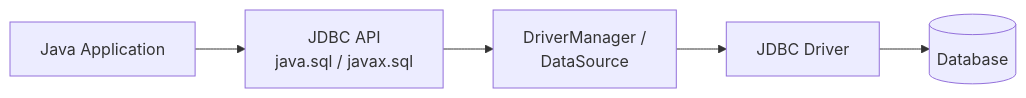
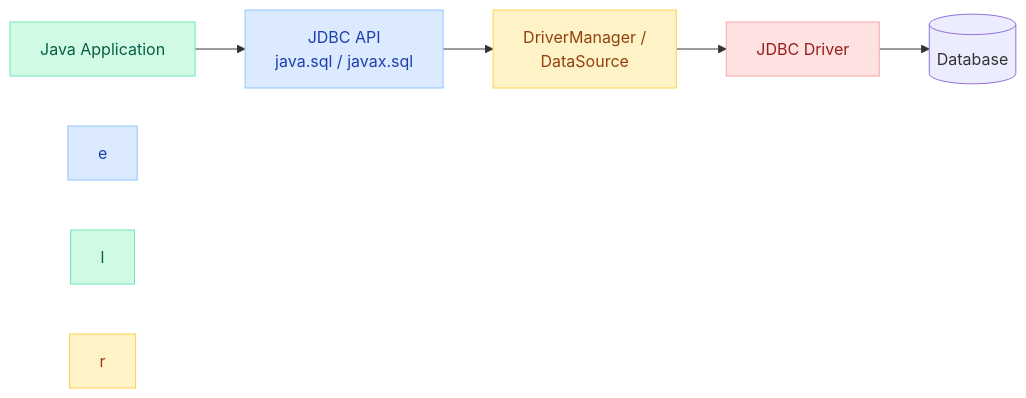
Before and after one commit to saivamsikaruturi/vamsilabs-dev-notes-main: the first of 2 diagrams in docs/java/JDBC.md, drawn with Mermaid. The commit also changed other lines of this file and 220 other files, not shown here.

First line of the commit message:
Add 50+ new Java/Spring Boot pages, rewrite CSS code blocks to Oracle style, fix all diagram colors

````diff
--- a/docs/java/JDBC.md
+++ b/docs/java/JDBC.md
@@ -11,7 +11,15 @@
 ```mermaid
 graph LR
     APP[Java Application] --> API[JDBC API<br/>java.sql / javax.sql]
     API --> DM[DriverManager /<br/>DataSource]
     DM --> DRIVER[JDBC Driver]
     DRIVER --> DB[(Database)]
+
+    style API fill:#DBEAFE,stroke:#93C5FD,color:#1E40AF
+    style APP fill:#D1FAE5,stroke:#6EE7B7,color:#065F46
+    style DM fill:#FEF3C7,stroke:#FCD34D,color:#92400E
+    style DRIVER fill:#FEE2E2,stroke:#FCA5A5,color:#991B1B
+    style e fill:#DBEAFE,stroke:#93C5FD,color:#1E40AF
+    style l fill:#D1FAE5,stroke:#6EE7B7,color:#065F46
+    style r fill:#FEF3C7,stroke:#FCD34D,color:#92400E
 ```
````
